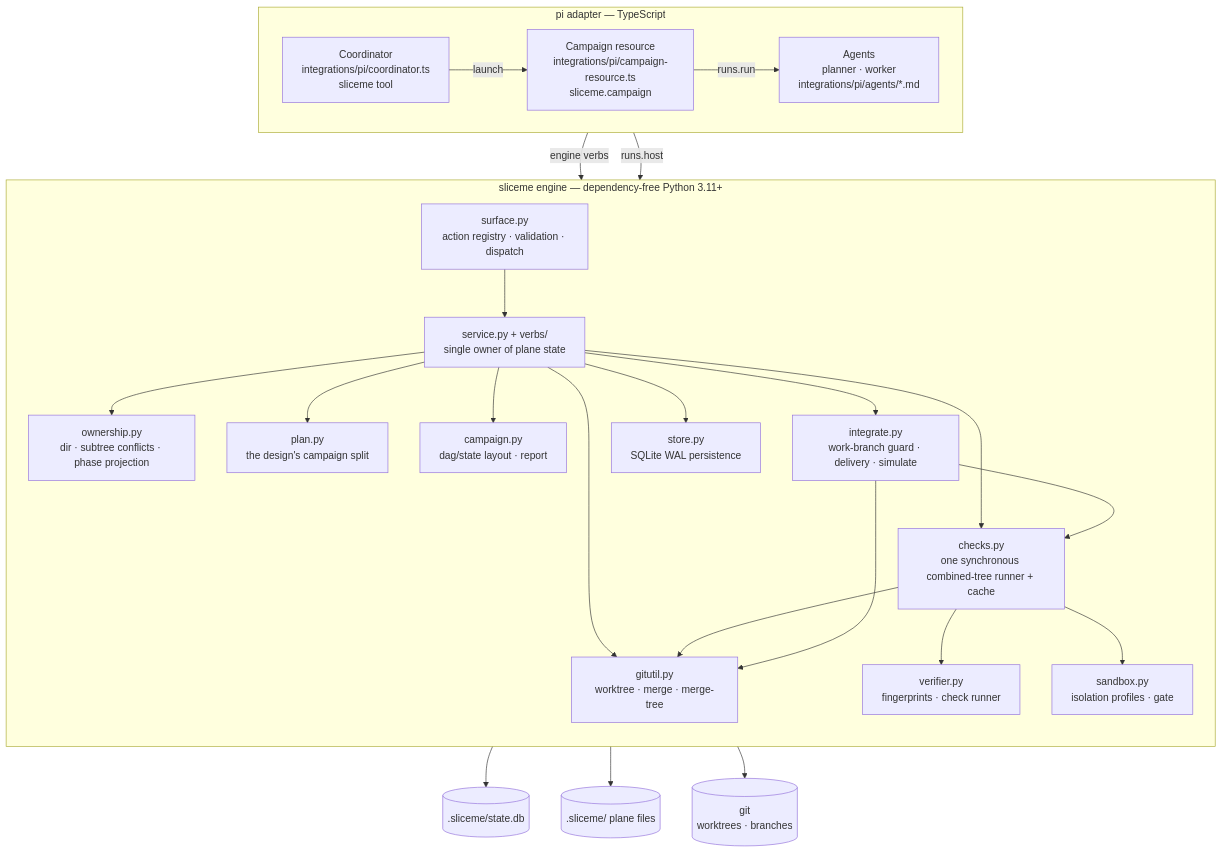
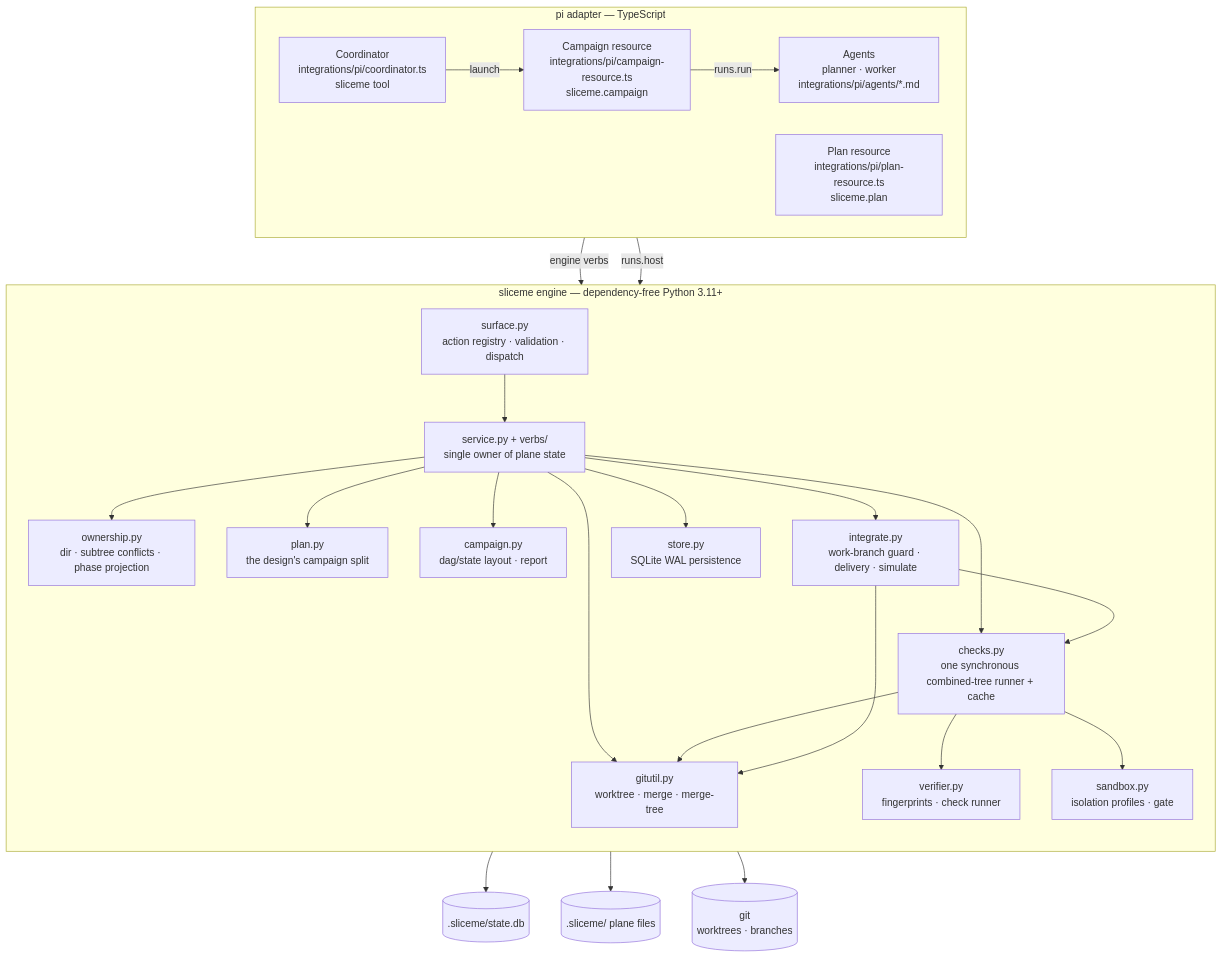
One commit to ming6ao/sliceme changed the second of 10 diagrams in docs/architecture.md. Above: the diagram before and after it, drawn with Mermaid. The commit also changed other lines of this file and 22 other files, not shown here.

````diff
--- a/docs/architecture.md
+++ b/docs/architecture.md
@@ -77,49 +79,50 @@
 ```mermaid
 flowchart TB
   subgraph adapter["pi adapter — TypeScript"]
     direction LR
     CO["Coordinator<br/>integrations/pi/coordinator.ts<br/>sliceme tool"]
     RS["Campaign resource<br/>integrations/pi/campaign-resource.ts<br/>sliceme.campaign"]
+    PR["Plan resource<br/>integrations/pi/plan-resource.ts<br/>sliceme.plan"]
     SA["Agents<br/>planner · worker<br/>integrations/pi/agents/*.md"]
   end
 
   subgraph engine["sliceme engine — dependency-free Python 3.11+"]
     direction TB
     SU["surface.py<br/>action registry · validation · dispatch"]
     SE["service.py + verbs/<br/>single owner of plane state"]
     OW["ownership.py<br/>dir · subtree conflicts · phase projection"]
     PL["plan.py<br/>the design's campaign split"]
     CA["campaign.py<br/>dag/state layout · report"]
     VE["verifier.py<br/>fingerprints · check runner"]
     SB["sandbox.py<br/>isolation profiles · gate"]
     CH["checks.py<br/>one synchronous combined-tree runner + cache"]
     IN["integrate.py<br/>work-branch guard · delivery · simulate"]
     GU["gitutil.py<br/>worktree · merge · merge-tree"]
     STO["store.py<br/>SQLite WAL persistence"]
   end
 
   STATE[(".sliceme/state.db")]
   FILES[(".sliceme/ plane files")]
   GIT[("git<br/>worktrees · branches")]
 
   CO -->|"engine verbs"| SU
   CO -->|"launch"| RS
   RS -->|"runs.run"| SA
   RS -->|"runs.host"| SU
   SU --> SE
   SE --> OW
   SE --> PL
   SE --> CA
   SE --> IN
   SE --> CH
   SE --> GU
   CH --> VE
   CH --> SB
   CH --> GU
   IN --> GU
   IN --> CH
   SE --> STO
   STO --> STATE
   CA --> FILES
   GU --> GIT
 ```
````
